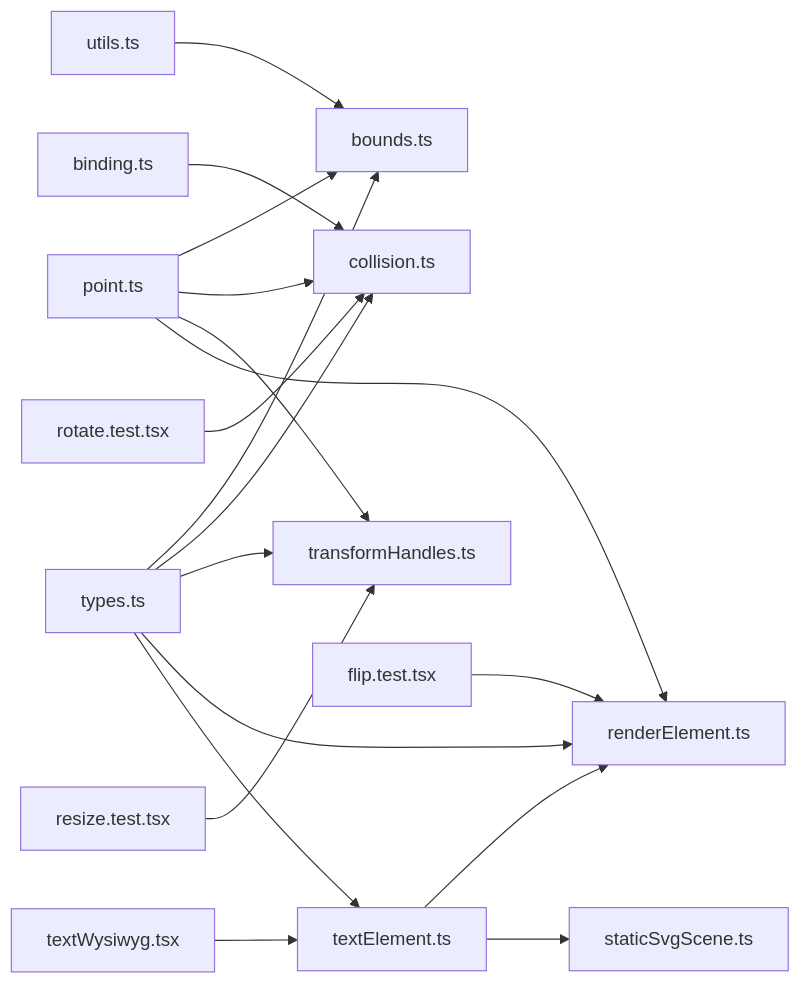
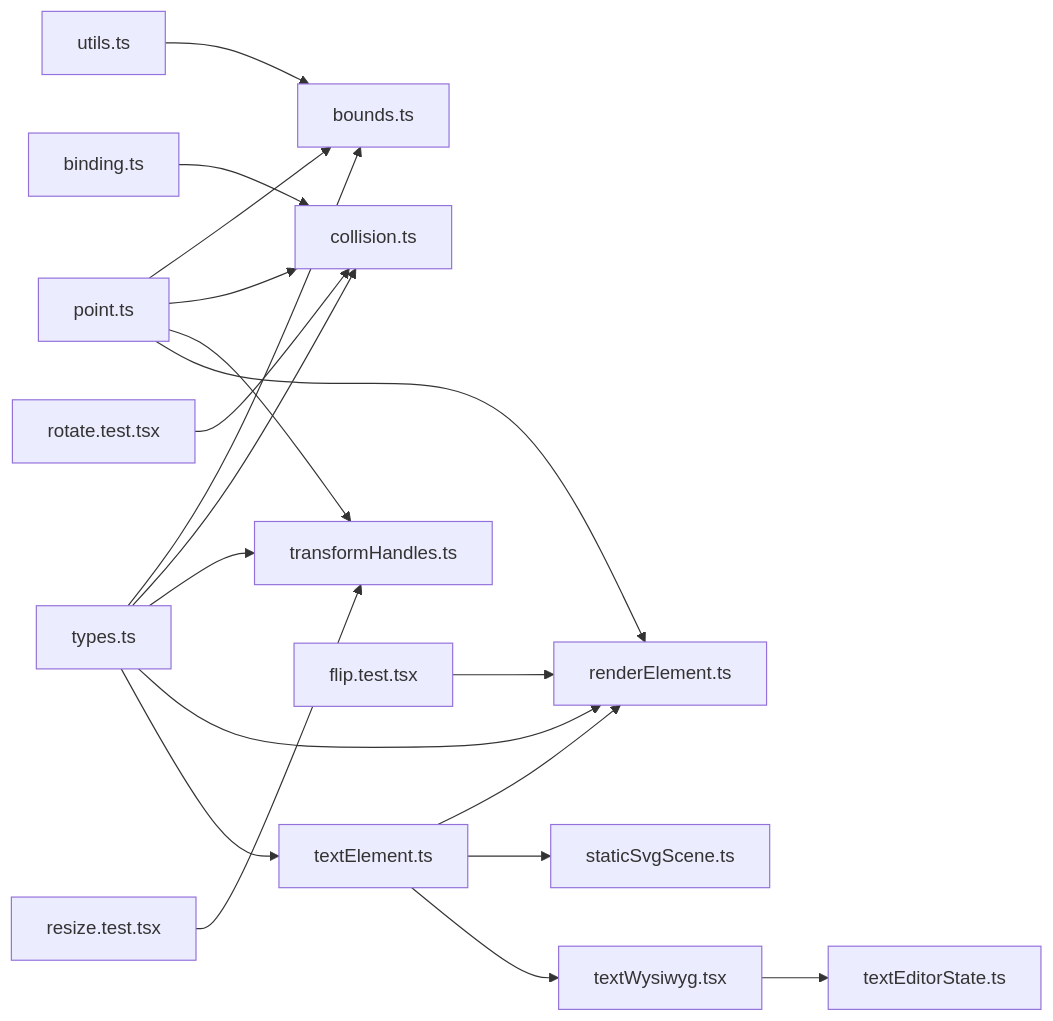
The tenth of 10 diagrams in .qoder/repowiki/zh/content/元素系统/元素变换系统.md (Az-qianchen/Excalidraw), drawn with Mermaid before and after one commit. The commit also changed other lines of this file and 61 other files, not shown here.

````diff
--- a/.qoder/repowiki/zh/content/元素系统/元素变换系统.md
+++ b/.qoder/repowiki/zh/content/元素系统/元素变换系统.md
@@ -418,20 +487,21 @@
 ```mermaid
 graph LR
 Types["types.ts"] --> Bounds["bounds.ts"]
 Types --> Collision["collision.ts"]
 Types --> Handles["transformHandles.ts"]
 Types --> Render["renderElement.ts"]
 Types --> TextElem["textElement.ts"]
 MathPoint["point.ts"] --> Bounds
 MathPoint --> Collision
 MathPoint --> Handles
 MathPoint --> Render
 Utils["utils.ts"] --> Bounds
 Binding["binding.ts"] --> Collision
 TextElem --> Render
 TextElem --> StaticSvg["staticSvgScene.ts"]
+TextElem --> TextWysiwyg["textWysiwyg.tsx"]
+TextWysiwyg --> TextEditorState["textEditorState.ts"]
 ResizeTest["resize.test.tsx"] --> Handles
 FlipTest["flip.test.tsx"] --> Render
 RotateTest["rotate.test.tsx"] --> Collision
-TextWysiwyg["textWysiwyg.tsx"] --> TextElem
 ```
````
